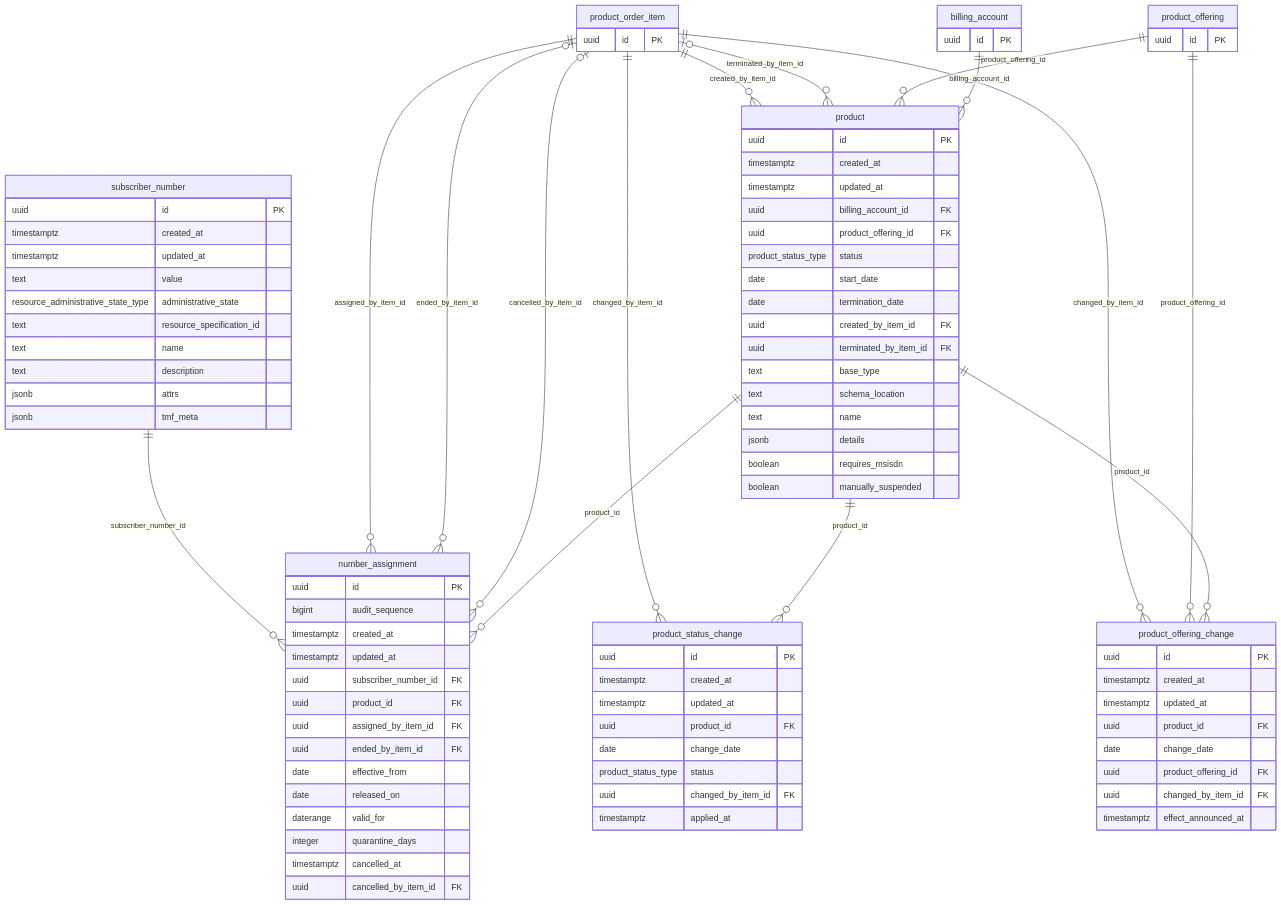
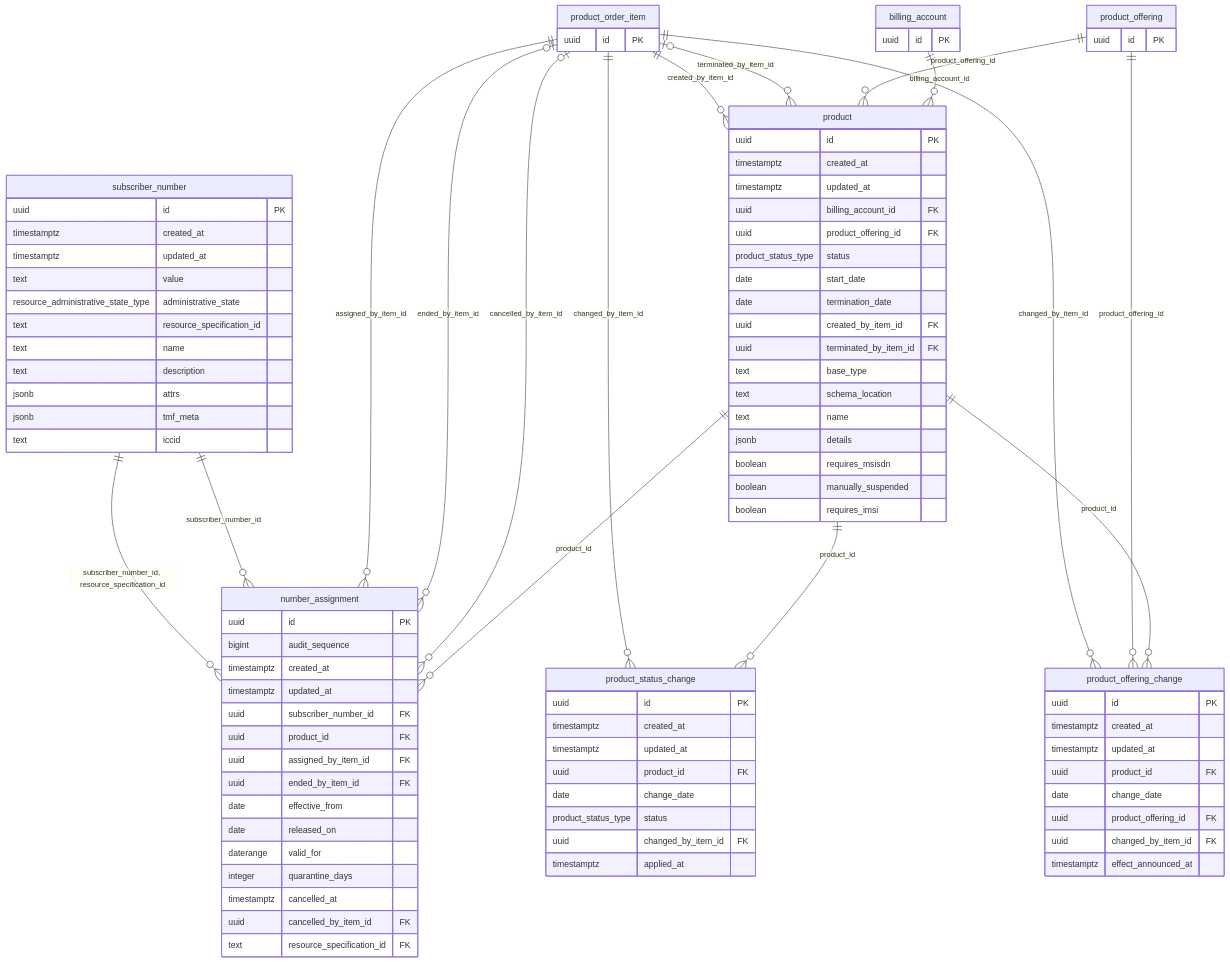
The fifth of 9 diagrams in docs/db/README.md (altharmz/bss), drawn with Mermaid before and after one commit. The commit also changed other lines of this file and 25 other files, not shown here.

````diff
--- a/docs/db/README.md
+++ b/docs/db/README.md
@@ -573,6 +574,7 @@
     jsonb details
     boolean requires_msisdn
     boolean manually_suspended
+    boolean requires_imsi
   }
   product_offering_change {
     uuid id PK
@@ -605,6 +607,7 @@
     text description
     jsonb attrs
     jsonb tmf_meta
+    text iccid
   }
   number_assignment {
     uuid id PK
@@ -621,6 +624,7 @@
     integer quarantine_days
     timestamptz cancelled_at
     uuid cancelled_by_item_id FK
+    text resource_specification_id FK
   }
   billing_account {
     uuid id PK
@@ -645,4 +649,5 @@
   product_order_item ||--o{ product_offering_change : "changed_by_item_id"
   product_order_item ||--o{ product_status_change : "changed_by_item_id"
   subscriber_number ||--o{ number_assignment : "subscriber_number_id"
+  subscriber_number ||--o{ number_assignment : "subscriber_number_id, resource_specification_id"
 ```
````
